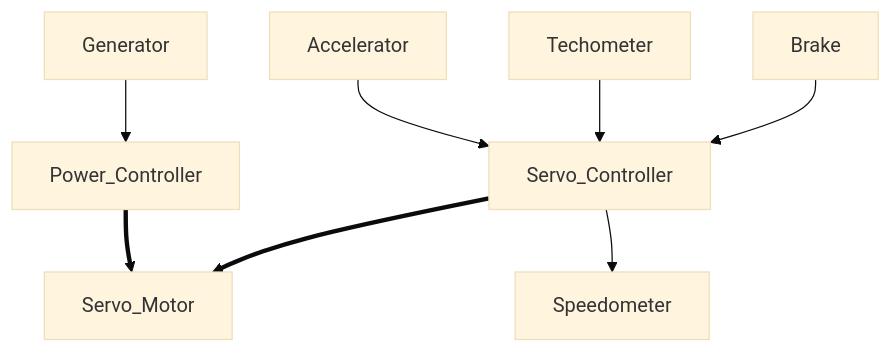
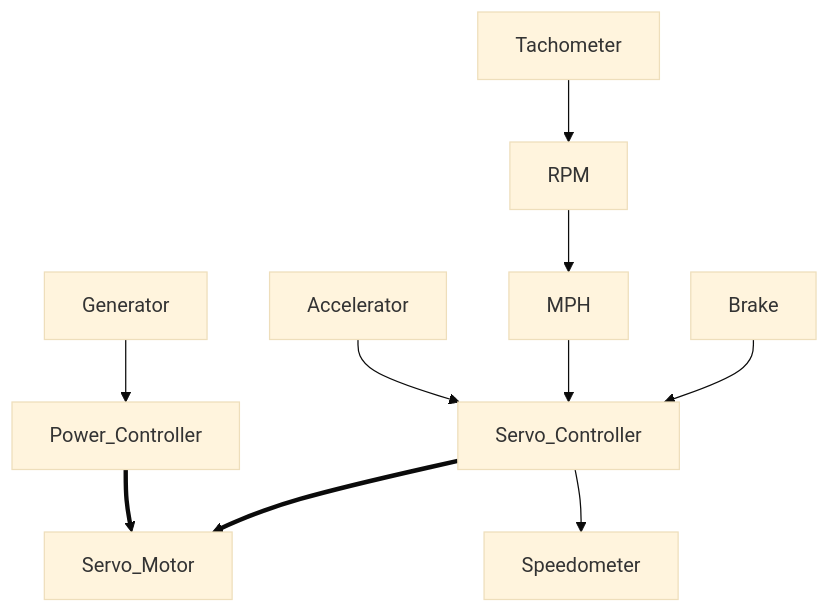
One commit to gleatd01/Linear-Hybrid-Conversion changed the diagram in README.md. Above: the diagram before and after it, drawn with Mermaid (base theme).

````diff
--- a/README.md
+++ b/README.md
@@ -20,8 +20,8 @@
 ```mermaid
 graph TD;
     Generator-->Power_Controller==>Servo_Motor;
     Accelerator-->Servo_Controller==>Servo_Motor;
-    Techometer-->Servo_Controller;
+    Tachometer-->RPM-->MPH-->Servo_Controller;
     Brake-->Servo_Controller;
     Servo_Controller-->Speedometer;
 ```
````
